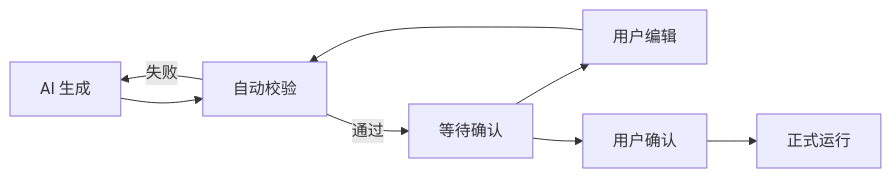
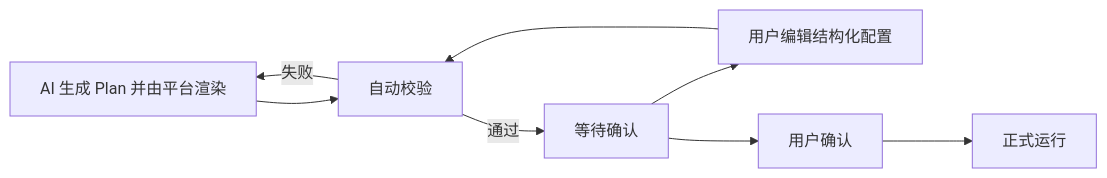
Before and after one commit to Elixir-Wang/aitest: the third of 4 diagrams in docs/superpowers/specs/2026-07-13-locust-performance-testing-module-design.md, drawn with Mermaid. The commit also changed other lines of this file and 59 other files, not shown here.

````diff
--- a/docs/superpowers/specs/2026-07-13-locust-performance-testing-module-design.md
+++ b/docs/superpowers/specs/2026-07-13-locust-performance-testing-module-design.md
@@ -648,17 +678,17 @@
 ```mermaid
 flowchart LR
-    Generate[AI 生成]
+    Generate[AI 生成 Plan 并由平台渲染]
     Validate[自动校验]
     Pending[等待确认]
-    Edit[用户编辑]
+    Edit[用户编辑结构化配置]
     Confirm[用户确认]
     Run[正式运行]
 
     Generate --> Validate
     Validate -->|通过| Pending
     Validate -->|失败| Generate
     Pending --> Edit
     Edit --> Validate
     Pending --> Confirm
     Confirm --> Run
 ```
````
